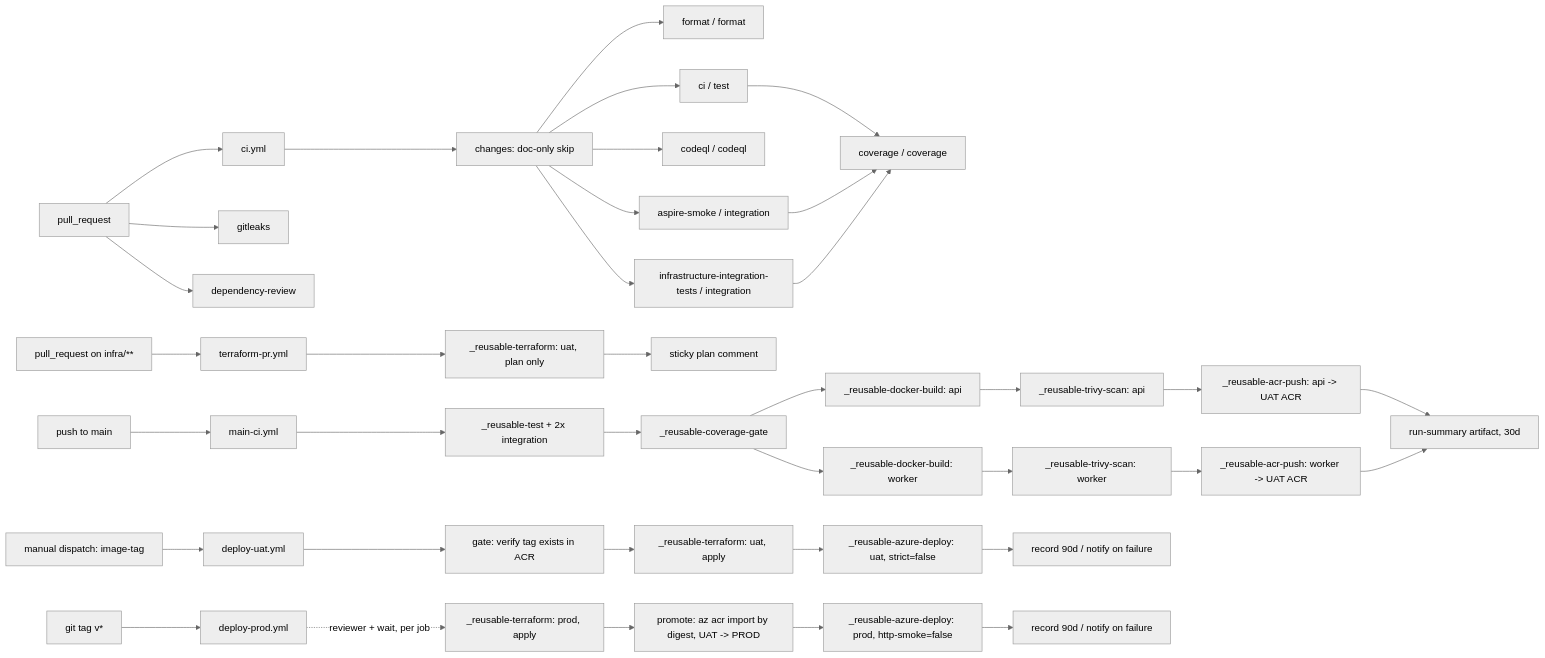
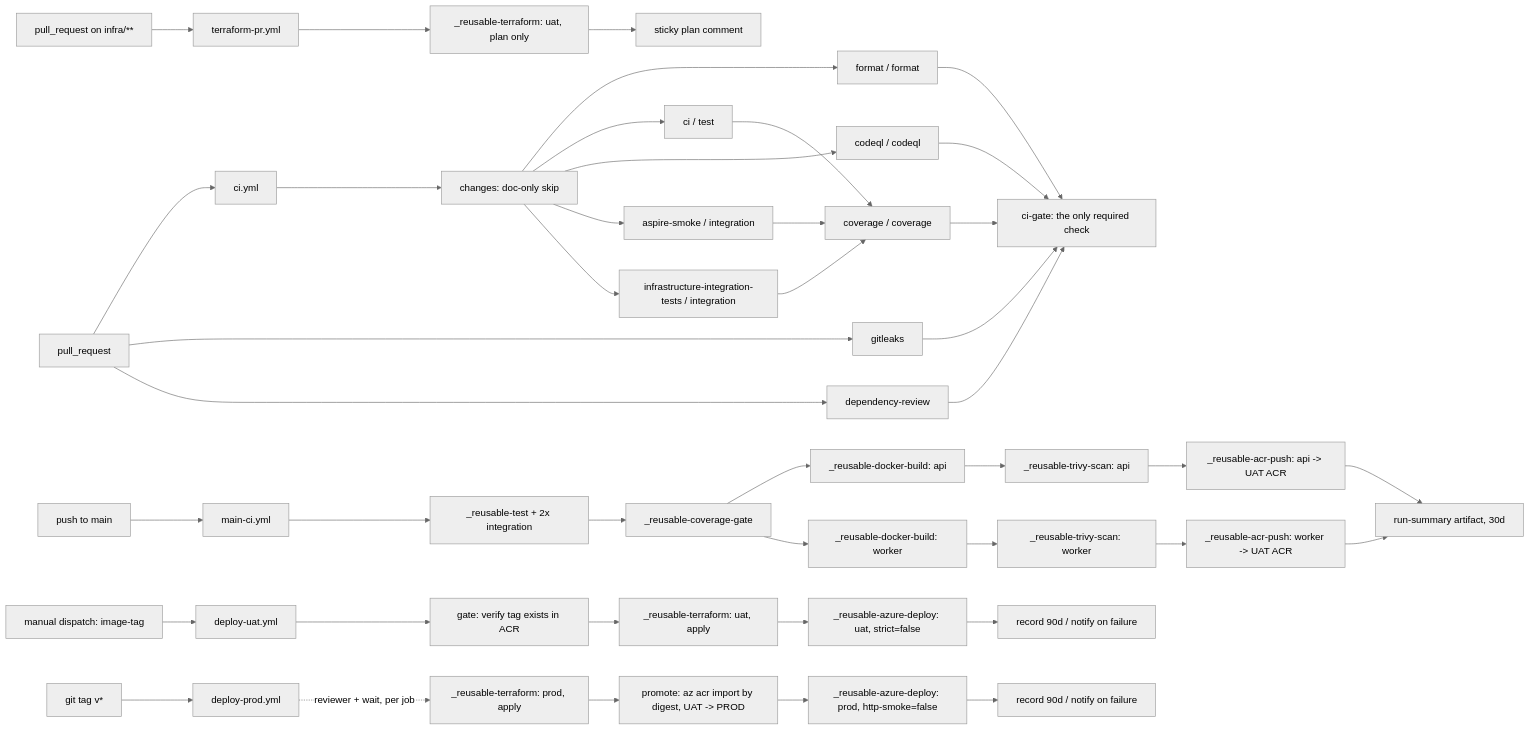
The diagram in docs/ci-cd/pipelines.md (mpcs2013/currency-tracker), drawn with Mermaid (neutral theme) before and after one commit. The commit also changed other lines of this file and 1 other file, not shown here.

First line of the commit message:
fix(14.40): make ci-gate the single required check (#390)

````diff
--- a/docs/ci-cd/pipelines.md
+++ b/docs/ci-cd/pipelines.md
@@ -13,41 +13,46 @@
 ```mermaid
 graph LR
   PR[pull_request] --> CI[ci.yml]
   CI --> CH[changes: doc-only skip]
   CH --> F[format / format]
   CH --> T[ci / test]
   CH --> Q[codeql / codeql]
   CH --> AS[aspire-smoke / integration]
   CH --> II[infrastructure-integration-tests / integration]
   T --> COV[coverage / coverage]
   AS --> COV
   II --> COV
   PR --> GL[gitleaks]
   PR --> DR[dependency-review]
+  F --> CG[ci-gate: the only required check]
+  Q --> CG
+  COV --> CG
+  GL --> CG
+  DR --> CG
 
   PRI[pull_request on infra/**] --> TFPR[terraform-pr.yml]
   TFPR --> TFU0[_reusable-terraform: uat, plan only]
   TFU0 --> PC[sticky plan comment]
 
   Merge[push to main] --> M[main-ci.yml]
   M --> MT[_reusable-test + 2x integration]
   MT --> MC[_reusable-coverage-gate]
   MC --> D1[_reusable-docker-build: api]
   MC --> D2[_reusable-docker-build: worker]
   D1 --> TR1[_reusable-trivy-scan: api] --> PU1[_reusable-acr-push: api -> UAT ACR]
   D2 --> TR2[_reusable-trivy-scan: worker] --> PU2[_reusable-acr-push: worker -> UAT ACR]
   PU1 --> RS[run-summary artifact, 30d]
   PU2 --> RS
 
   Human[manual dispatch: image-tag] --> U[deploy-uat.yml]
   U --> UG[gate: verify tag exists in ACR]
   UG --> TFU[_reusable-terraform: uat, apply]
   TFU --> DEPU[_reusable-azure-deploy: uat, strict=false]
   DEPU --> UR[record 90d / notify on failure]
 
   Tag[git tag v*] --> P[deploy-prod.yml]
   P -.->|reviewer + wait, per job| TFP[_reusable-terraform: prod, apply]
   TFP --> PROM[promote: az acr import by digest, UAT -> PROD]
   PROM --> DEPP[_reusable-azure-deploy: prod, http-smoke=false]
   DEPP --> PRREC[record 90d / notify on failure]
 ```
````
